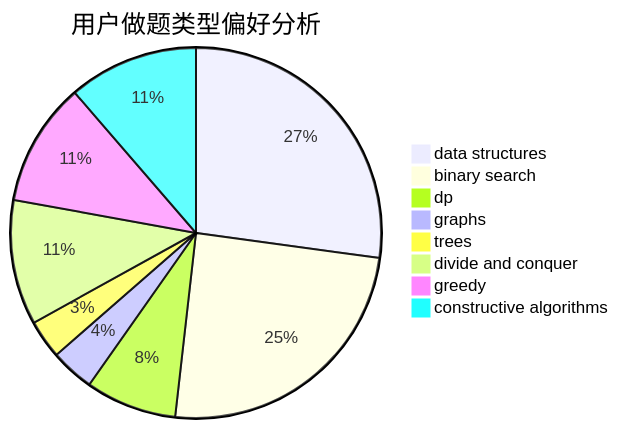
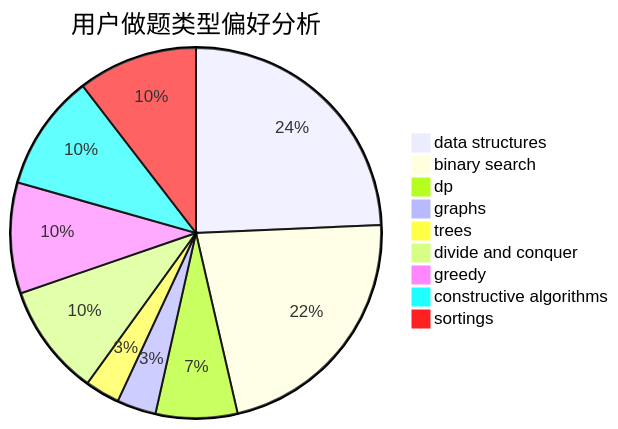
Before and after one commit to sherpahu/cfrs.github.io: the second of 3 diagrams in docs/user/u2385.md, drawn with Mermaid. The commit also changed other lines of this file and 2769 other files, not shown here.

````diff
--- a/docs/user/u2385.md
+++ b/docs/user/u2385.md
@@ -23,11 +18,12 @@
 ```mermaid
 pie title 用户做题类型偏好分析
     "data structures" :  249
     "binary search" :  226
     "dp" :  73
     "graphs" :  35
     "trees" :  31
     "divide and conquer" :  100
     "greedy" :  99
     "constructive algorithms" :  104
+    "sortings" :  107
 ```
````
